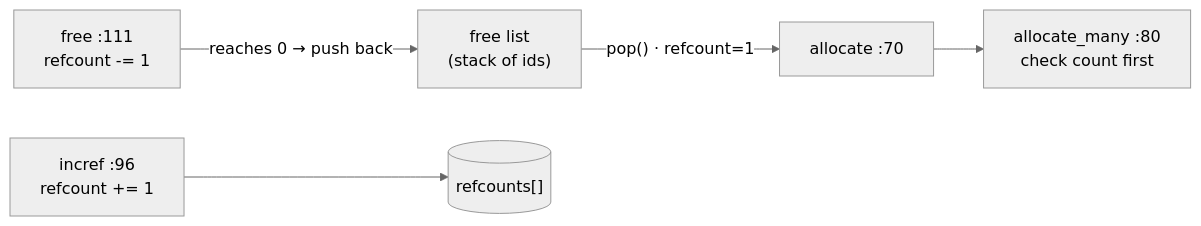
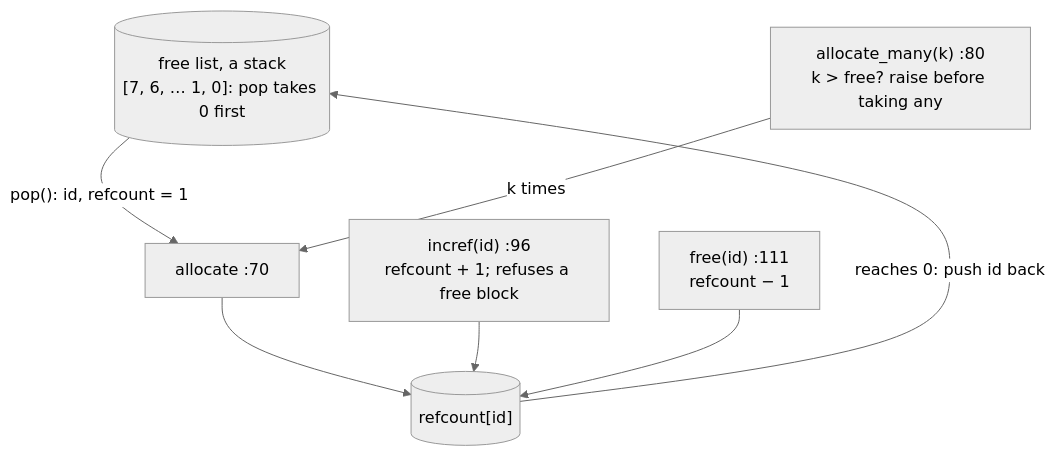
Before and after one commit to jayavardhan-g/projects-vault: the fifth of 7 diagrams in Interview prep/Days/Day 01 - mini-vLLM I.md, drawn with Mermaid (neutral theme). The commit also changed other lines of this file and 2 other files, not shown here.

First line of the commit message:
projects: Day 1 "Code, explained" as a shape-by-shape trace of one forward pass + paged-KV-cache deep dive; full-width diagram CSS snippet

````diff
--- a/Interview prep/Days/Day 01 - mini-vLLM I.md
+++ b/Interview prep/Days/Day 01 - mini-vLLM I.md
@@ -237,7 +557,9 @@
 ```mermaid
-flowchart LR
-  F["free list<br/>(stack of ids)"] -->|"pop() · refcount=1"| A["allocate :70"]
-  A --> AM["allocate_many :80<br/>check count first"]
-  I["incref :96<br/>refcount += 1"] --> R[("refcounts[]")]
-  FR["free :111<br/>refcount -= 1"] -->|"reaches 0 → push back"| F
+flowchart TB
+  F[("free list, a stack<br/>[7, 6, … 1, 0]: pop takes 0 first")] -->|"pop(): id, refcount = 1"| A["allocate :70"]
+  AM["allocate_many(k) :80<br/>k > free? raise before taking any"] -->|"k times"| A
+  A --> R[("refcount[id]")]
+  I["incref(id) :96<br/>refcount + 1; refuses a free block"] --> R
+  FR["free(id) :111<br/>refcount − 1"] --> R
+  R -->|"reaches 0: push id back"| F
 ```
````
